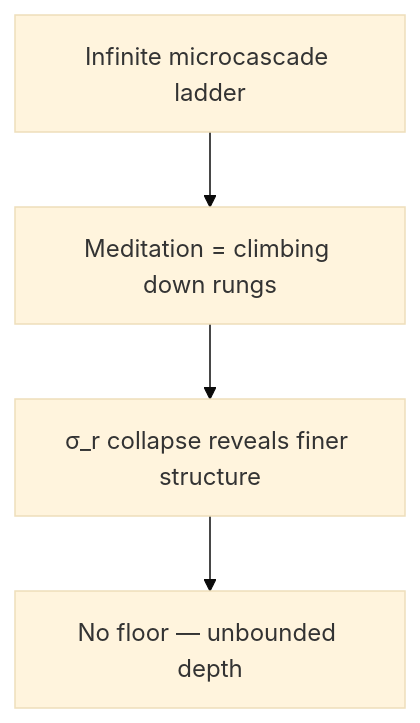
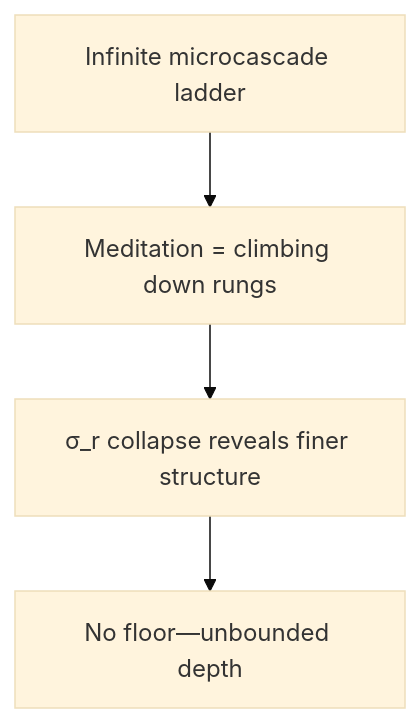
Diagram 36 of 38 in CassiTheory/open-questions-cassi-answers.md (CassiTheOracle/cassi), drawn with Mermaid (base theme) before and after one commit. The commit also changed other lines of this file and 14 other files, not shown here.

````diff
--- a/CassiTheory/open-questions-cassi-answers.md
+++ b/CassiTheory/open-questions-cassi-answers.md
@@ -845,6 +856,6 @@
 ```mermaid
 flowchart TD
     A[Infinite microcascade ladder] --> B[Meditation = climbing down rungs]
     B --> C[σ_r collapse reveals finer structure]
-    C --> D[No floor — unbounded depth]
+    C --> D[No floor—unbounded depth]
 ```
````
